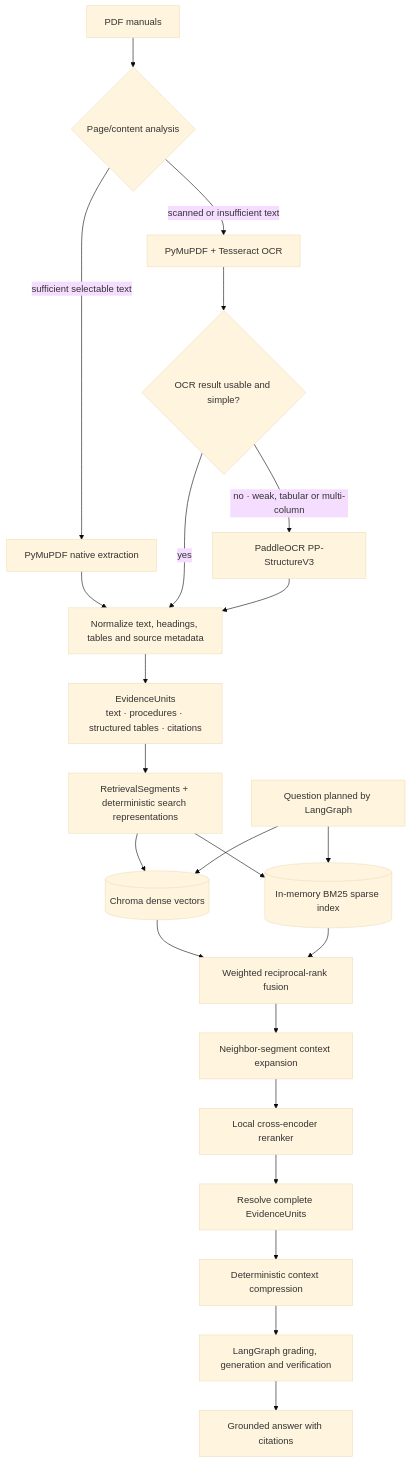
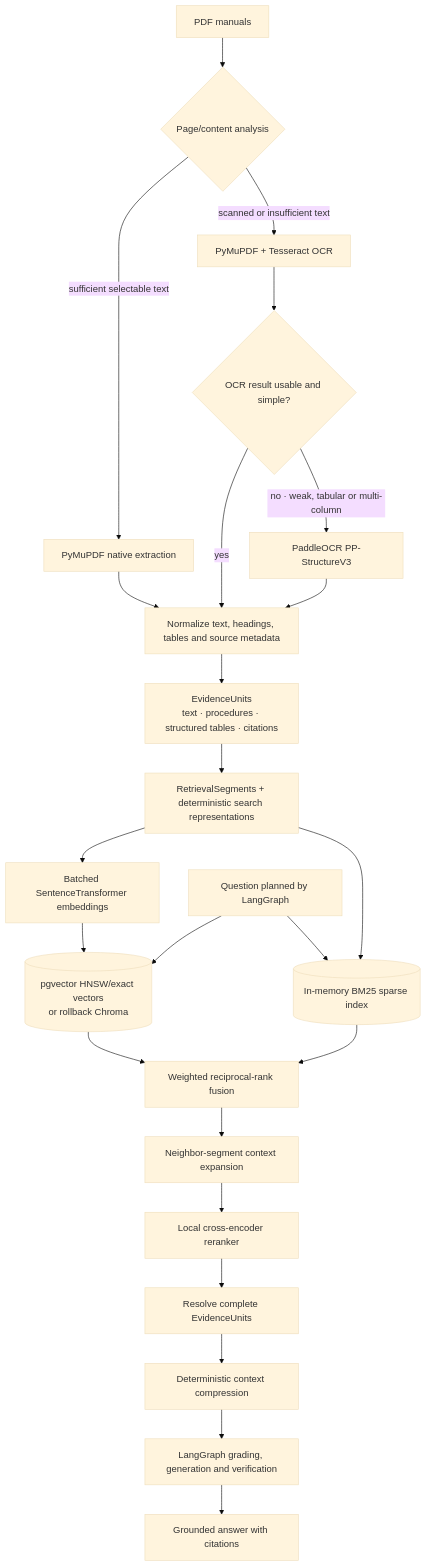
The second of 5 diagrams in README.md (nagateja2004/op-center-bot), drawn with Mermaid (base theme) before and after one commit. The commit also changed other lines of this file, not shown here.

Commit message:
docs: align README with pgvector implementation and measured benchmarks

````diff
--- a/README.md
+++ b/README.md
@@ -572,27 +673,28 @@
 ```mermaid
 flowchart TD
     PDF["PDF manuals"] --> Detect{"Page/content analysis"}
     Detect -->|"sufficient selectable text"| Native["PyMuPDF native extraction"]
     Detect -->|"scanned or insufficient text"| Tesseract["PyMuPDF + Tesseract OCR"]
     Tesseract --> Layout{"OCR result usable and simple?"}
     Layout -->|"yes"| Normalize["Normalize text, headings, tables and source metadata"]
     Layout -->|"no · weak, tabular or multi-column"| Paddle["PaddleOCR PP-StructureV3"]
     Native --> Normalize
     Paddle --> Normalize
 
     Normalize --> Evidence["EvidenceUnits<br/>text · procedures · structured tables · citations"]
     Evidence --> Segments["RetrievalSegments + deterministic search representations"]
-    Segments --> Dense[("Chroma dense vectors")]
+    Segments --> Embed["Batched SentenceTransformer embeddings"]
+    Embed --> Dense[("pgvector HNSW/exact vectors<br/>or rollback Chroma")]
     Segments --> Sparse[("In-memory BM25 sparse index")]
 
     Query["Question planned by LangGraph"] --> Dense
     Query --> Sparse
     Dense --> RRF["Weighted reciprocal-rank fusion"]
     Sparse --> RRF
     RRF --> Expand["Neighbor-segment context expansion"]
     Expand --> Rerank["Local cross-encoder reranker"]
     Rerank --> Resolve["Resolve complete EvidenceUnits"]
     Resolve --> Compress["Deterministic context compression"]
     Compress --> RAG["LangGraph grading, generation and verification"]
     RAG --> Answer["Grounded answer with citations"]
 ```
````
